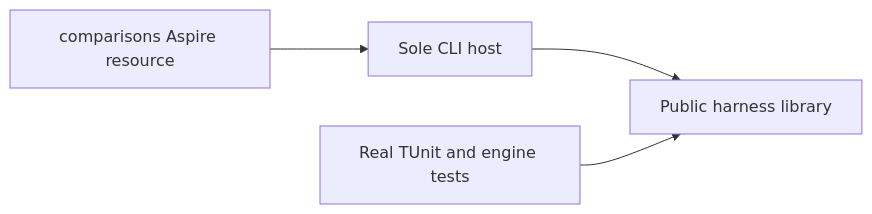
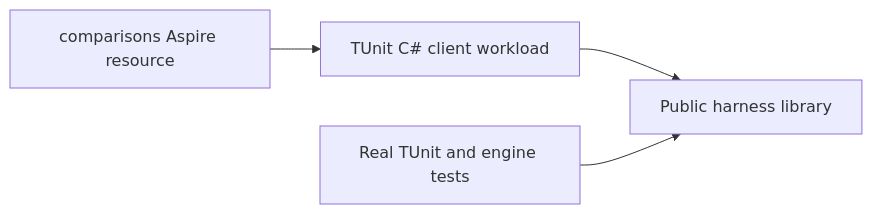
One commit to managedcode/KeyLoad changed diagram 11 of 44 in docs/Architecture.md. Above: the diagram before and after it, drawn with Mermaid. The commit also changed other lines of this file and 36 other files, not shown here.

Commit message:
Run CI and benchmark client workloads through native TUnit

````diff
--- a/docs/Architecture.md
+++ b/docs/Architecture.md
@@ -349,6 +349,6 @@
 ```mermaid
 flowchart LR
-    AppHost[comparisons Aspire resource] --> ComparisonHost[Sole CLI host]
+    AppHost[comparisons Aspire resource] --> ComparisonHost[TUnit C# client workload]
     ComparisonHost --> ComparisonLibrary[Public harness library]
     ComparisonTests[Real TUnit and engine tests] --> ComparisonLibrary
 ```
````
